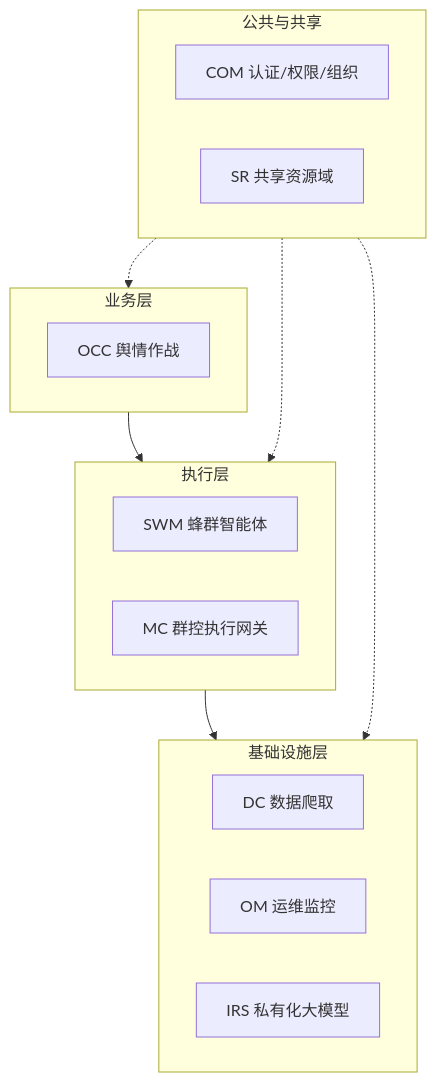
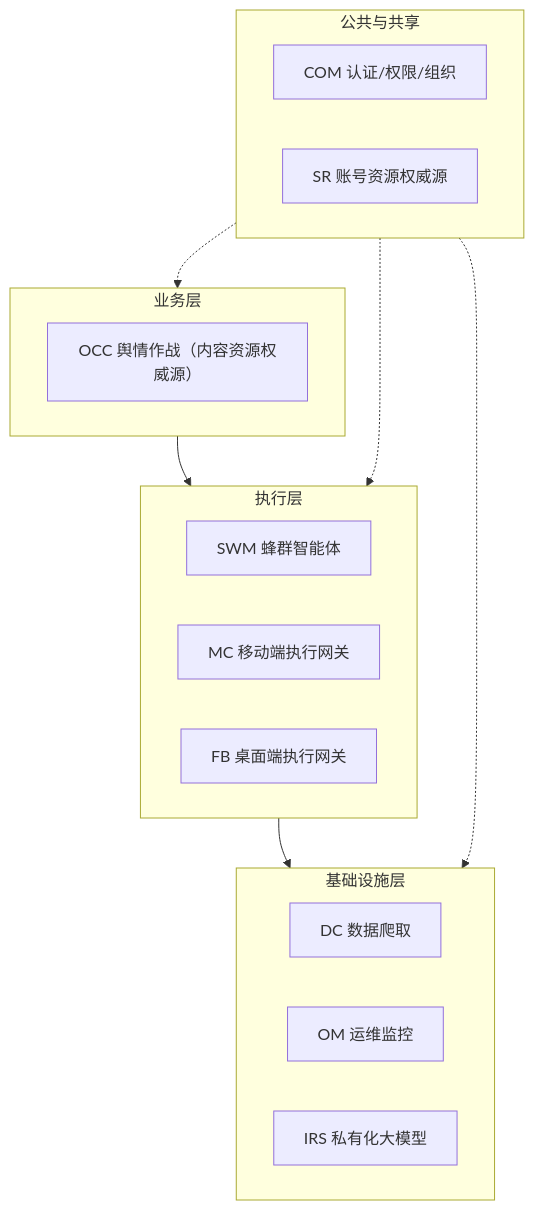
The second of 14 diagrams in 公司项目/认知作战/文档/软件概要设计说明.md (Sj-g/obsidian), drawn with Mermaid before and after one commit. The commit also changed other lines of this file and 1 other file, not shown here.

````diff
--- a/公司项目/认知作战/文档/软件概要设计说明.md
+++ b/公司项目/认知作战/文档/软件概要设计说明.md
@@ -115,21 +118,22 @@
 ```mermaid
 flowchart TB
     subgraph L4["公共与共享"]
         COM["COM 认证/权限/组织"]
-        SR["SR 共享资源域"]
+        SR["SR 账号资源权威源"]
     end
     subgraph L3["业务层"]
-        OCC["OCC 舆情作战"]
+        OCC["OCC 舆情作战（内容资源权威源）"]
     end
     subgraph L2["执行层"]
         SWM["SWM 蜂群智能体"]
-        MC["MC 群控执行网关"]
+        MC["MC 移动端执行网关"]
+        FB["FB 桌面端执行网关"]
     end
     subgraph L1["基础设施层"]
         DC["DC 数据爬取"]
         OM["OM 运维监控"]
         IRS["IRS 私有化大模型"]
     end
     L3 --> L2 --> L1
     L4 -.-> L1 & L2 & L3
 ```
````
